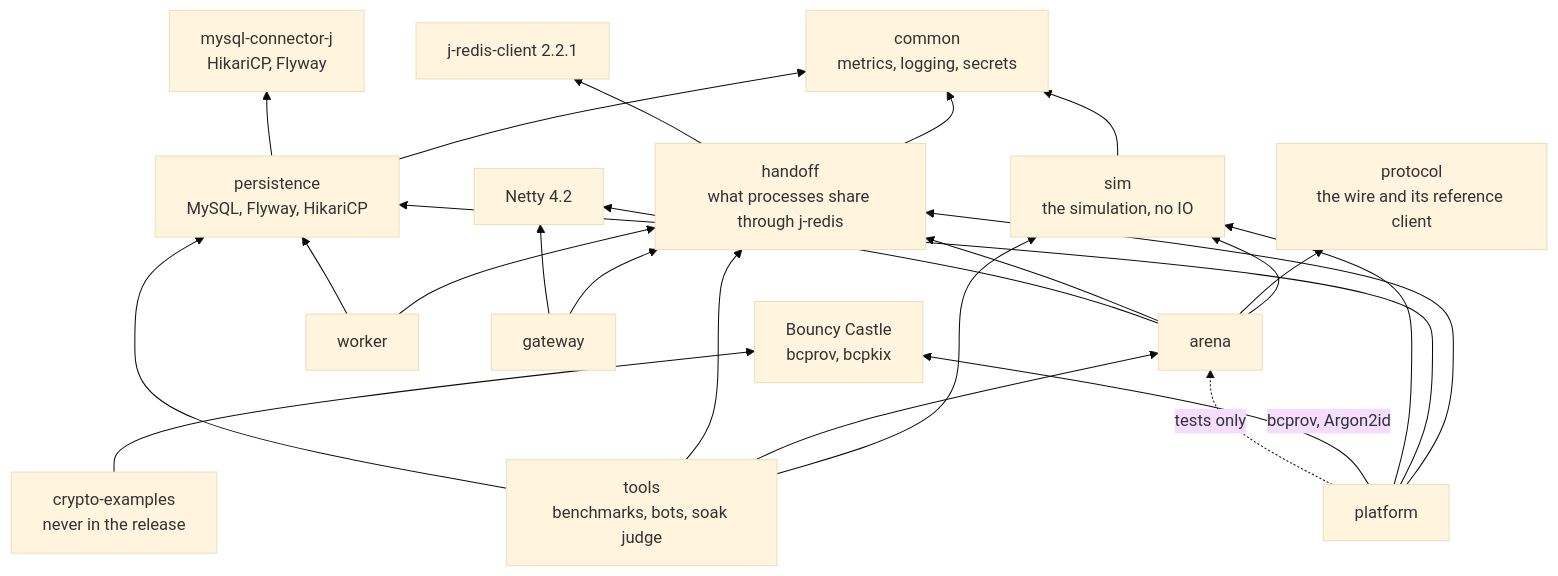
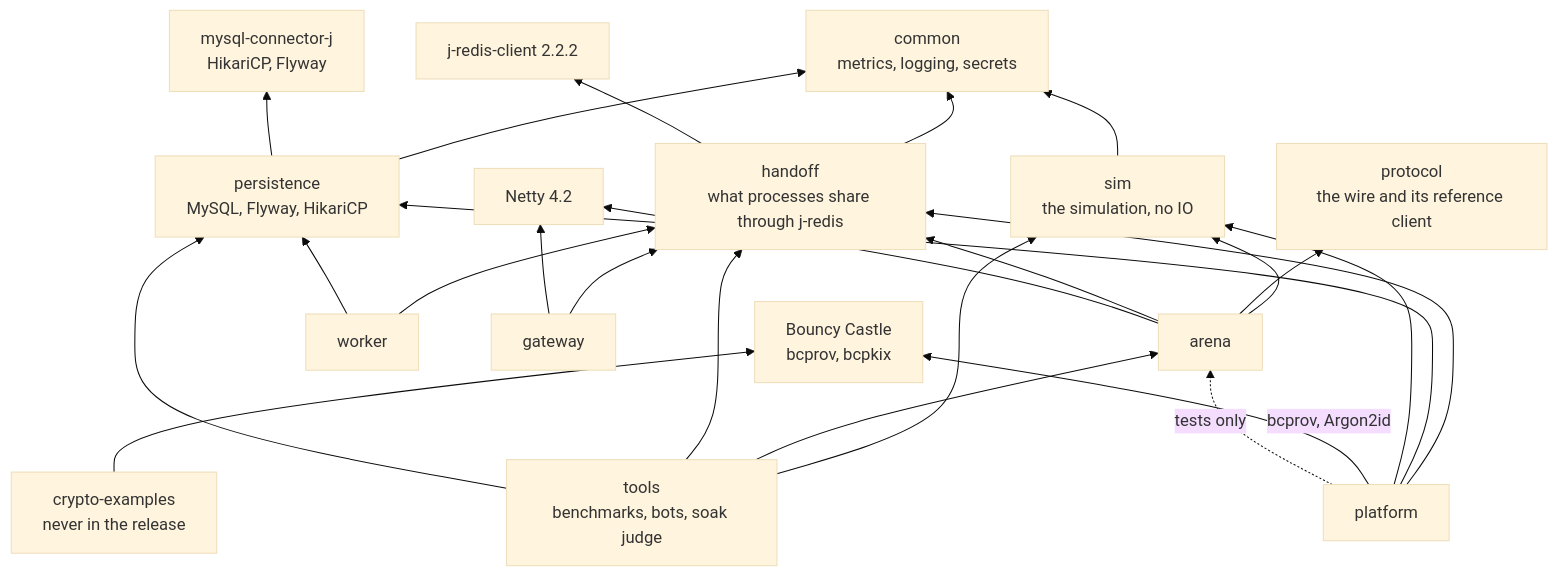
The third of 6 diagrams in docs/diagrams/01-system.md (greensoft-atom/depio-simulation-platform), drawn with Mermaid (base theme) before and after one commit. The commit also changed 71 other files, not shown here.

````diff
--- a/docs/diagrams/01-system.md
+++ b/docs/diagrams/01-system.md
@@ -117,41 +117,41 @@
 ```mermaid
 flowchart BT
     common["common<br/>metrics, logging, secrets"]
     protocol["protocol<br/>the wire and its reference client"]
     sim["sim<br/>the simulation, no IO"]
     handoff["handoff<br/>what processes share through j-redis"]
     persistence["persistence<br/>MySQL, Flyway, HikariCP"]
     arena["arena"]
     platform["platform"]
     worker["worker"]
     gateway["gateway"]
     tools["tools<br/>benchmarks, bots, soak judge"]
     cx["crypto-examples<br/>never in the release"]
-    jredis["j-redis-client 2.2.1"]
+    jredis["j-redis-client 2.2.2"]
     netty["Netty 4.2"]
     mysqllibs["mysql-connector-j<br/>HikariCP, Flyway"]
     bc["Bouncy Castle<br/>bcprov, bcpkix"]
     sim --> common
     handoff --> common
     handoff --> jredis
     persistence --> common
     persistence --> mysqllibs
     arena --> sim
     arena --> protocol
     arena --> handoff
     arena --> netty
     gateway --> handoff
     gateway --> netty
     platform --> handoff
     platform --> persistence
     platform --> sim
     platform -->|"bcprov, Argon2id"| bc
     platform -.->|"tests only"| arena
     worker --> handoff
     worker --> persistence
     tools --> sim
     tools --> arena
     tools --> handoff
     tools --> persistence
     cx --> bc
 ```
````
